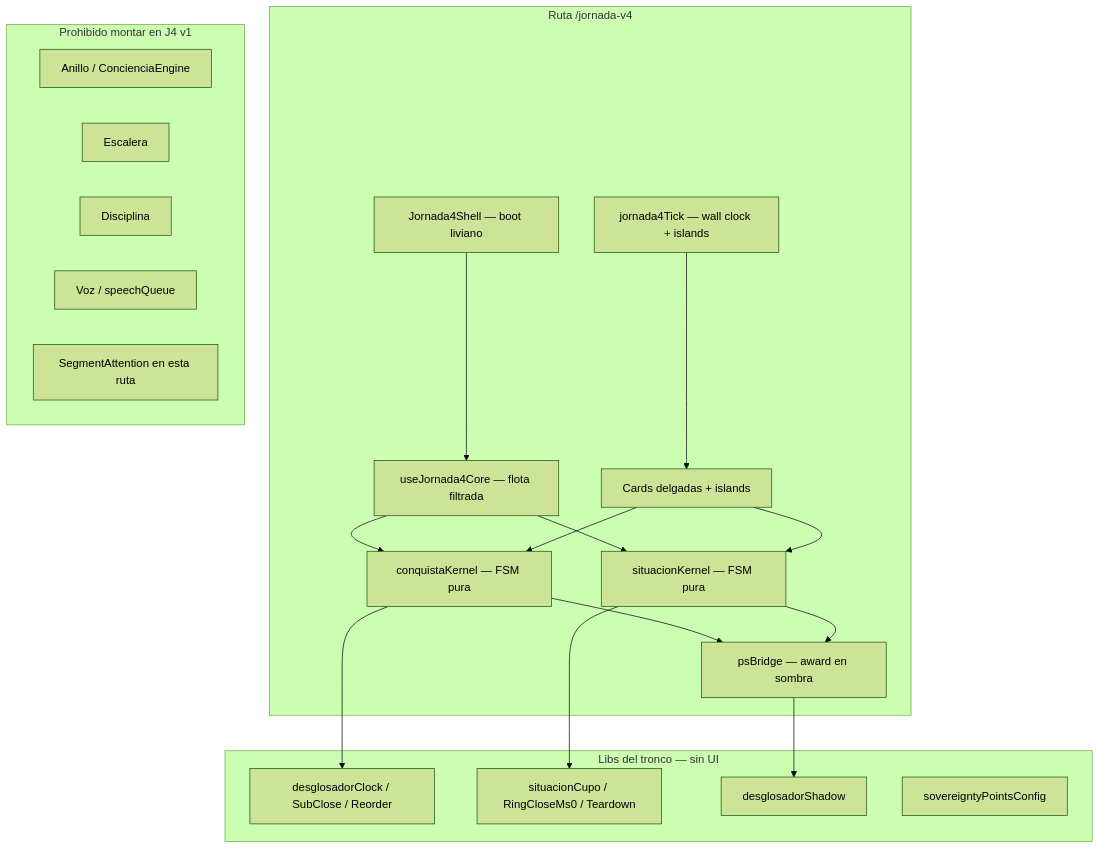
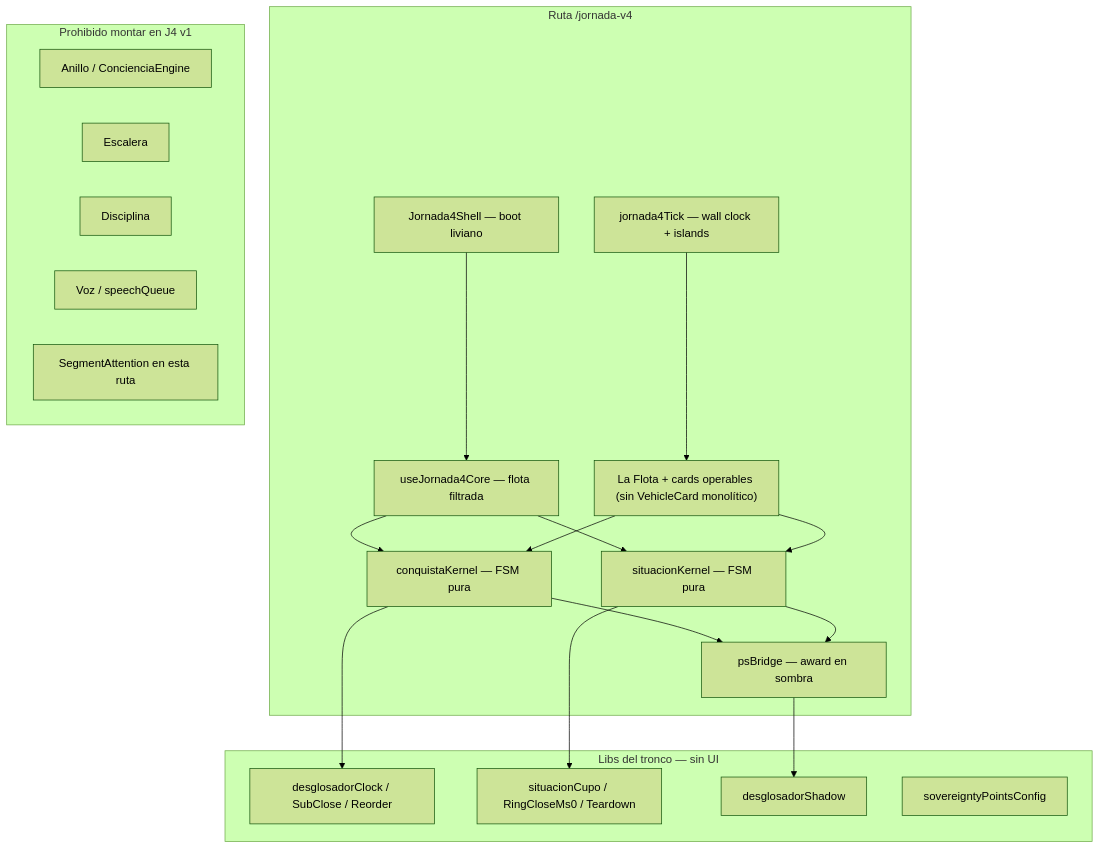
The diagram in docs/JORNADA4_DUAL_KERNEL.md (gilsonarevaloleo-web/sistemicar-2026), drawn with Mermaid (forest theme) before and after one commit. The commit also changed other lines of this file and 7 other files, not shown here.

````diff
--- a/docs/JORNADA4_DUAL_KERNEL.md
+++ b/docs/JORNADA4_DUAL_KERNEL.md
@@ -138,39 +141,39 @@
 ```mermaid
 flowchart TB
   subgraph route ["Ruta /jornada-v4"]
     Shell["Jornada4Shell — boot liviano"]
     Core["useJornada4Core — flota filtrada"]
     CK["conquistaKernel — FSM pura"]
     SK["situacionKernel — FSM pura"]
     PS["psBridge — award en sombra"]
     Tick["jornada4Tick — wall clock + islands"]
-    UI["Cards delgadas + islands"]
+    UI["La Flota + cards operables (sin VehicleCard monolítico)"]
   end
 
   subgraph shared ["Libs del tronco — sin UI"]
     DC[desglosadorClock / SubClose / Reorder]
     SC[situacionCupo / RingCloseMs0 / Teardown]
     SH[desglosadorShadow]
     CFG[sovereigntyPointsConfig]
   end
 
   subgraph banned ["Prohibido montar en J4 v1"]
     AN[Anillo / ConcienciaEngine]
     ES[Escalera]
     DI[Disciplina]
     VO[Voz / speechQueue]
     SA[SegmentAttention en esta ruta]
   end
 
   Shell --> Core
   Core --> CK
   Core --> SK
   CK --> DC
   SK --> SC
   CK --> PS
   SK --> PS
   PS --> SH
   Tick --> UI
   UI --> CK
   UI --> SK
 ```
````
